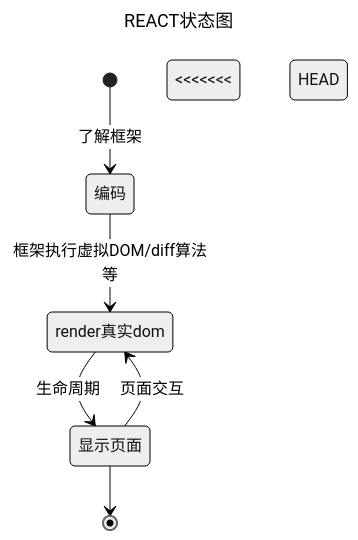
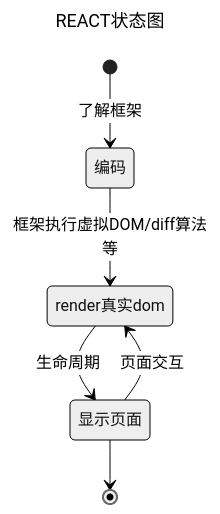
One commit to liquidGo/Basic_Konwledge_Extension changed the third of 7 diagrams in 09_REACT/[⭐⭐⭐⭐⭐]-REACT基础.md. Above: the diagram before and after it, drawn with Mermaid (neutral theme). The commit also changed other lines of this file, not shown here.

````diff
--- a/09_REACT/[⭐⭐⭐⭐⭐]-REACT基础.md
+++ b/09_REACT/[⭐⭐⭐⭐⭐]-REACT基础.md
@@ -47,12 +36,11 @@
 ```mermaid
 ---
 title: REACT状态图
 ---
 stateDiagram-v2
     [*] -->编码 : 了解框架
     编码 --> render真实dom : 框架执行虚拟DOM/diff算法等
     render真实dom --> 显示页面 : 生命周期
     显示页面 --> render真实dom : 页面交互
-<<<<<<< HEAD
-    显示页面 --> [*] 
+    显示页面 --> [*]
 ```
````
